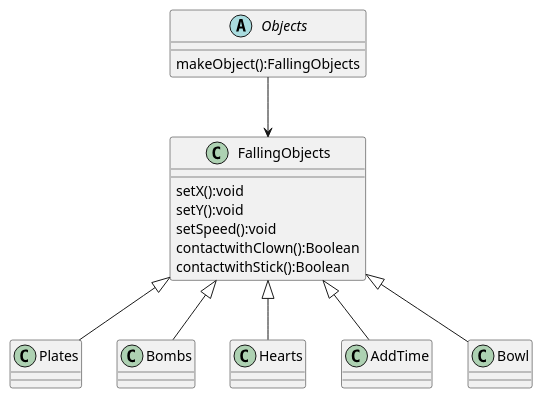
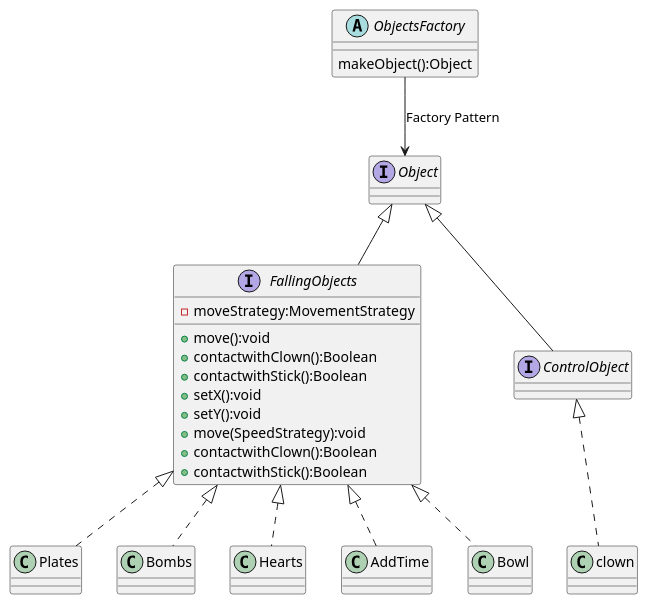
One commit to shadyalattarr/Circus-of-Plates changed the diagram in UML/Design Patterns/FactoryPattern.wsd. Above: the diagram before and after it, drawn with PlantUML. The commit also changed 3 other files, not shown here.

```diff
--- a/UML/Design Patterns/FactoryPattern.wsd
+++ b/UML/Design Patterns/FactoryPattern.wsd
@@ -1,37 +1,49 @@
 @startuml Singelton
 
-abstract class Objects{
-    makeObject():FallingObjects
+  abstract class ObjectsFactory{
+    makeObject():Object
+}
+interface FallingObjects implements Object{
+    +move():void
+    +contactwithClown():Boolean
+    +contactwithStick():Boolean
+
+-moveStrategy:MovementStrategy     
++setX():void
+    +setY():void
+   + move(SpeedStrategy):void
+    +contactwithClown():Boolean
+    +contactwithStick():Boolean
 }
 
-class FallingObjects{
-    setX():void
-    setY():void
-    setSpeed():void
-    contactwithClown():Boolean
-    contactwithStick():Boolean
-}
+interface Object{}
+class clown implements ControlObject{}
+interface ControlObject implements Object{}
 
-class Plates extends FallingObjects{
+
+ObjectsFactory --> Object:Factory Pattern
+
+
+class Plates implements FallingObjects{
 
 }
 
-class Bombs extends FallingObjects{
+class Bombs implements FallingObjects{
 
 }
 
-class Hearts extends FallingObjects{
+class Hearts implements FallingObjects{
 
 }
 
-class AddTime extends FallingObjects{
+class AddTime implements FallingObjects{
 
 }
 
-class Bowl extends FallingObjects{
+class Bowl implements FallingObjects{
 
 }
-Objects --> FallingObjects
+
 
 
 @enduml
```
